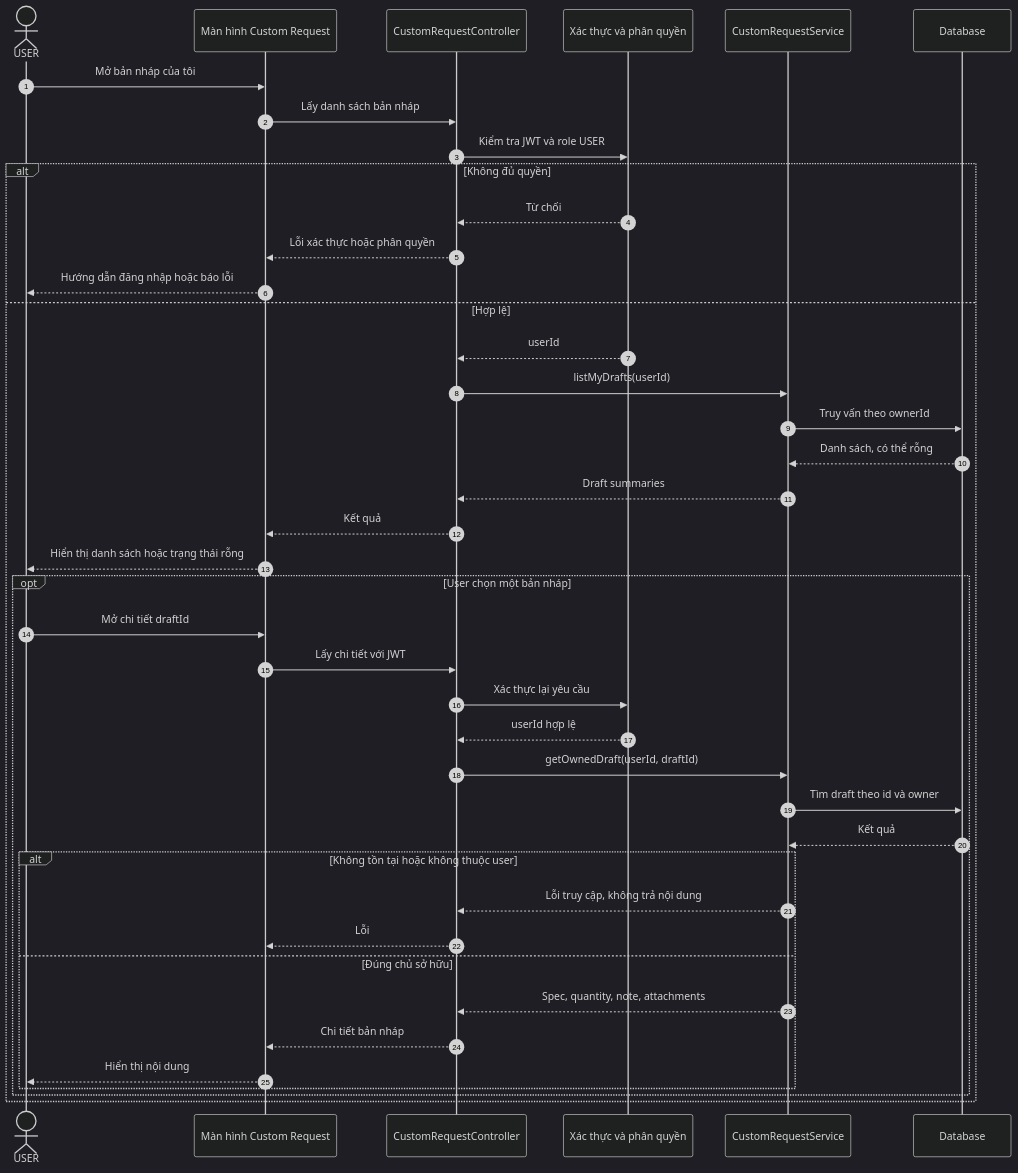
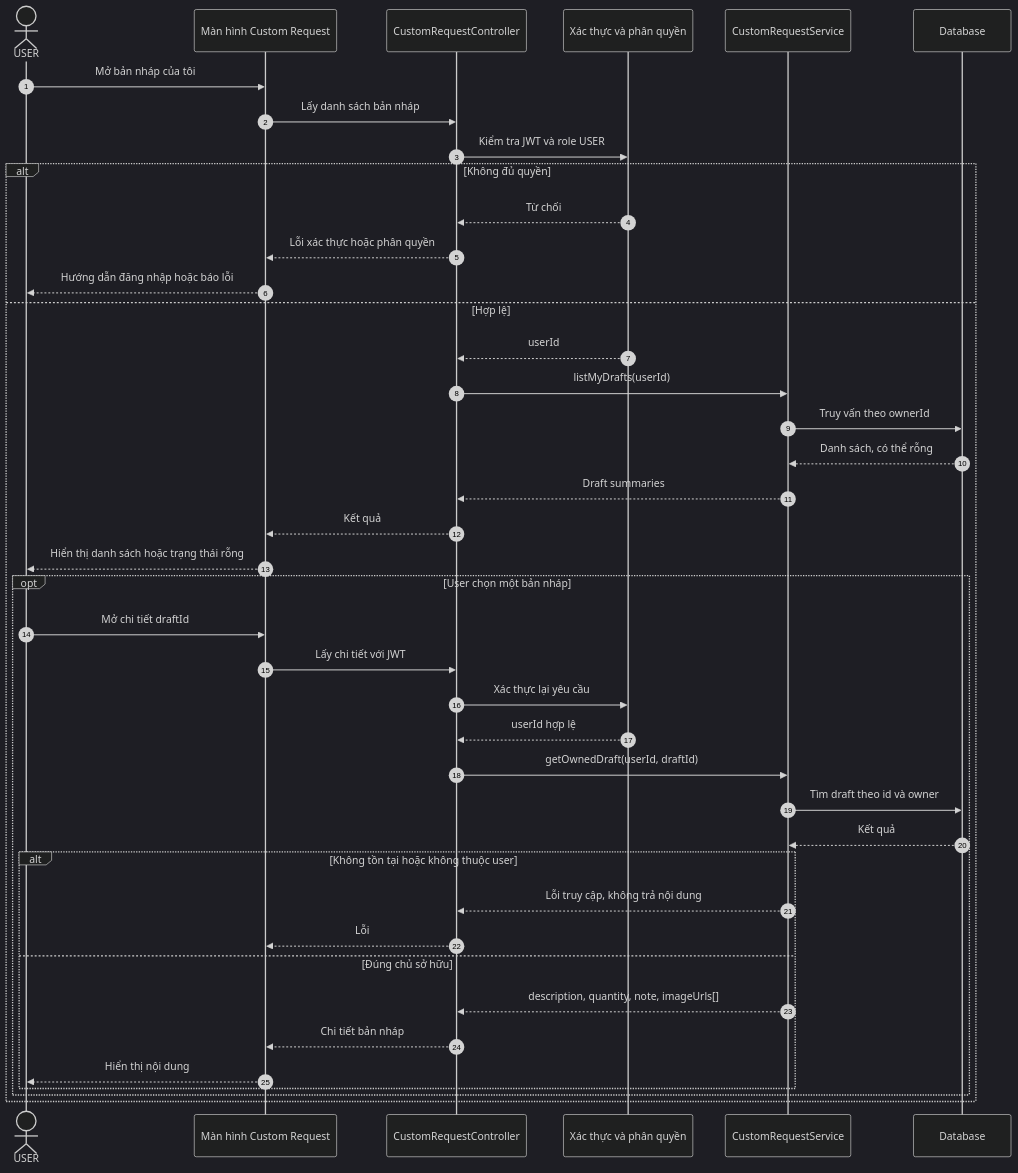
Before and after one commit to phamngoctu11/product_be: the first of 3 diagrams in docs/use-cases/WF01-custom-request/sequence.md, drawn with Mermaid (dark theme). The commit also changed other lines of this file and 35 other files, not shown here.

````diff
--- a/docs/use-cases/WF01-custom-request/sequence.md
+++ b/docs/use-cases/WF01-custom-request/sequence.md
@@ -9,43 +9,43 @@
 ```mermaid
 sequenceDiagram
     autonumber
     actor U as USER
     participant UI as Màn hình Custom Request
     participant C as CustomRequestController
     participant A as Xác thực và phân quyền
     participant S as CustomRequestService
     participant DB as Database
     U->>UI: Mở bản nháp của tôi
     UI->>C: Lấy danh sách bản nháp
     C->>A: Kiểm tra JWT và role USER
     alt Không đủ quyền
         A-->>C: Từ chối
         C-->>UI: Lỗi xác thực hoặc phân quyền
         UI-->>U: Hướng dẫn đăng nhập hoặc báo lỗi
     else Hợp lệ
         A-->>C: userId
         C->>S: listMyDrafts(userId)
         S->>DB: Truy vấn theo ownerId
         DB-->>S: Danh sách, có thể rỗng
         S-->>C: Draft summaries
         C-->>UI: Kết quả
         UI-->>U: Hiển thị danh sách hoặc trạng thái rỗng
         opt User chọn một bản nháp
             U->>UI: Mở chi tiết draftId
             UI->>C: Lấy chi tiết với JWT
             C->>A: Xác thực lại yêu cầu
             A-->>C: userId hợp lệ
             C->>S: getOwnedDraft(userId, draftId)
             S->>DB: Tìm draft theo id và owner
             DB-->>S: Kết quả
             alt Không tồn tại hoặc không thuộc user
                 S-->>C: Lỗi truy cập, không trả nội dung
                 C-->>UI: Lỗi
             else Đúng chủ sở hữu
-                S-->>C: Spec, quantity, note, attachments
+                S-->>C: description, quantity, note, imageUrls[]
                 C-->>UI: Chi tiết bản nháp
                 UI-->>U: Hiển thị nội dung
             end
         end
     end
 ```
````
